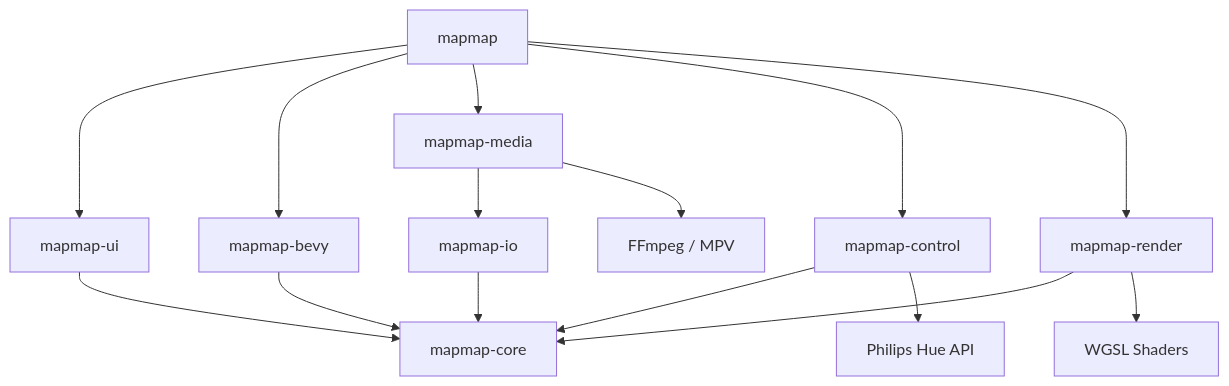
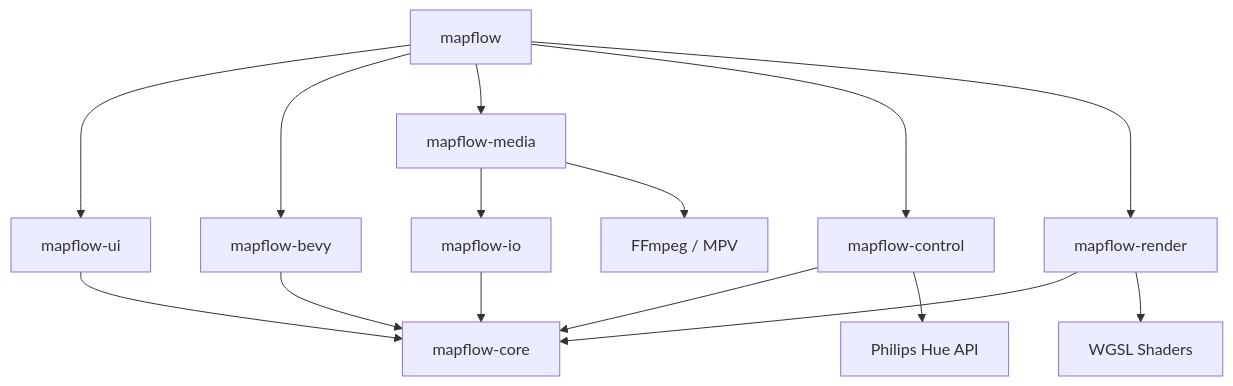
One commit to Vorce-Studios/Vorce changed the diagram in docs/A1_SYSTEM/B1_ARCHITECTURE/DOC-C1_OVERVIEW.md. Above: the diagram before and after it, drawn with Mermaid. The commit also changed other lines of this file and 57 other files, not shown here.

````diff
--- a/docs/A1_SYSTEM/B1_ARCHITECTURE/DOC-C1_OVERVIEW.md
+++ b/docs/A1_SYSTEM/B1_ARCHITECTURE/DOC-C1_OVERVIEW.md
@@ -11,21 +11,21 @@
 ```mermaid
 graph TD
     %% Crates
-    Main[mapmap] --> UI[mapmap-ui]
-    Main --> Bevy[mapmap-bevy]
-    Main --> Media[mapmap-media]
-    Main --> Control[mapmap-control]
-    Main --> Render[mapmap-render]
+    Main[mapflow] --> UI[mapflow-ui]
+    Main --> Bevy[mapflow-bevy]
+    Main --> Media[mapflow-media]
+    Main --> Control[mapflow-control]
+    Main --> Render[mapflow-render]
 
-    UI --> Core[mapmap-core]
+    UI --> Core[mapflow-core]
     Render --> Core
     Bevy --> Core
     Control --> Core
-    Media --> IO[mapmap-io]
+    Media --> IO[mapflow-io]
     IO --> Core
 
     %% Externe Ressourcen
     Render --> Shaders[WGSL Shaders]
     Media --> FFmpeg[FFmpeg / MPV]
     Control --> Hue[Philips Hue API]
 ```
````
